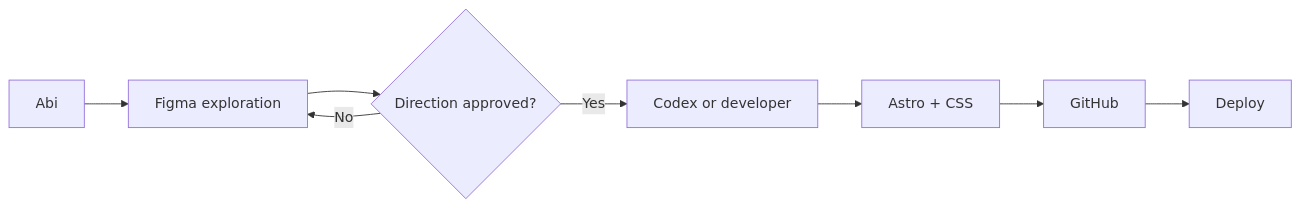
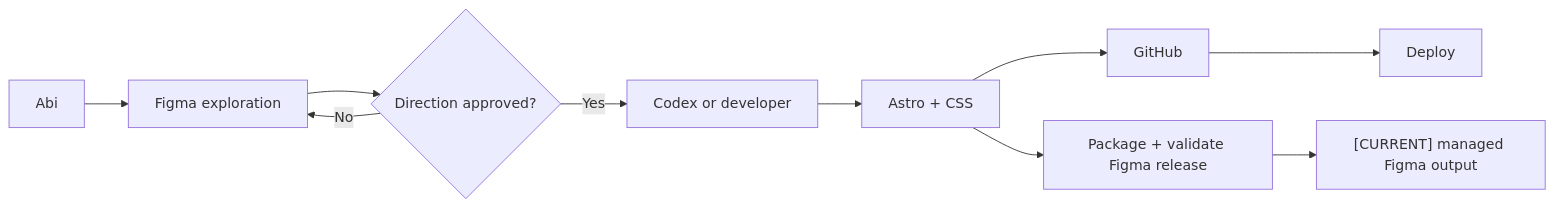
One commit to abicaride/abicaride.com changed the fifth of 7 diagrams in docs/WORKFLOW.md. Above: the diagram before and after it, drawn with Mermaid. The commit also changed other lines of this file and 13 other files, not shown here.

````diff
--- a/docs/WORKFLOW.md
+++ b/docs/WORKFLOW.md
@@ -123,10 +176,12 @@
 ```mermaid
 flowchart LR
     ABI["Abi"] --> FIGMA["Figma exploration"]
     FIGMA --> REVIEW{"Direction approved?"}
     REVIEW -->|"No"| FIGMA
     REVIEW -->|"Yes"| DEV["Codex or developer"]
     DEV --> ASTRO["Astro + CSS"]
     ASTRO --> GIT["GitHub"]
     GIT --> SITE["Deploy"]
+    ASTRO --> PUBLISHER["Package + validate Figma release"]
+    PUBLISHER --> CURRENT["[CURRENT] managed Figma output"]
 ```
````
